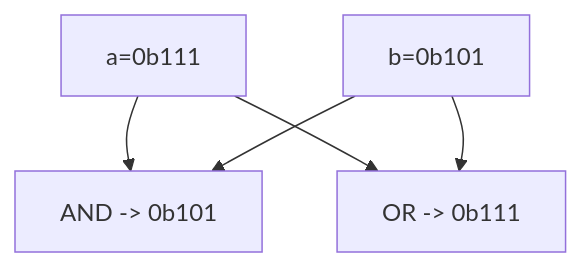
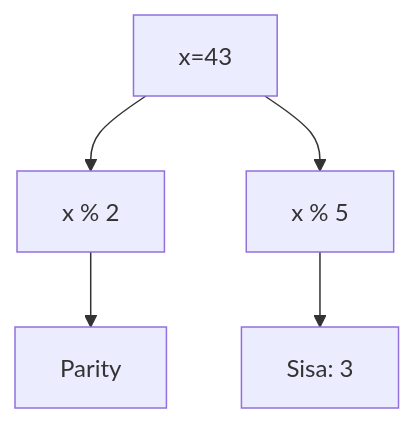
One commit to amnahwaida/OSNK_INF_PREP changed diagram 16 of 25 in part-c-pemahaman-cpp/06-bitwise/latihan/set-06.md. Above: the diagram before and after it, drawn with Mermaid. The commit also changed other lines of this file and 71 other files, not shown here.

````diff
--- a/part-c-pemahaman-cpp/06-bitwise/latihan/set-06.md
+++ b/part-c-pemahaman-cpp/06-bitwise/latihan/set-06.md
@@ -401,7 +478,7 @@
 ```mermaid
 graph TD
-    A["a=0b111"] --> C["AND -> 0b101"]
-    B["b=0b101"] --> C
-    A --> D["OR  -> 0b111"]
-    B --> D
+A[x=43] --> B[x % 2]
+B --> C[Parity]
+A --> D[x % 5]
+D --> E[Sisa: 3]
 ```
````
